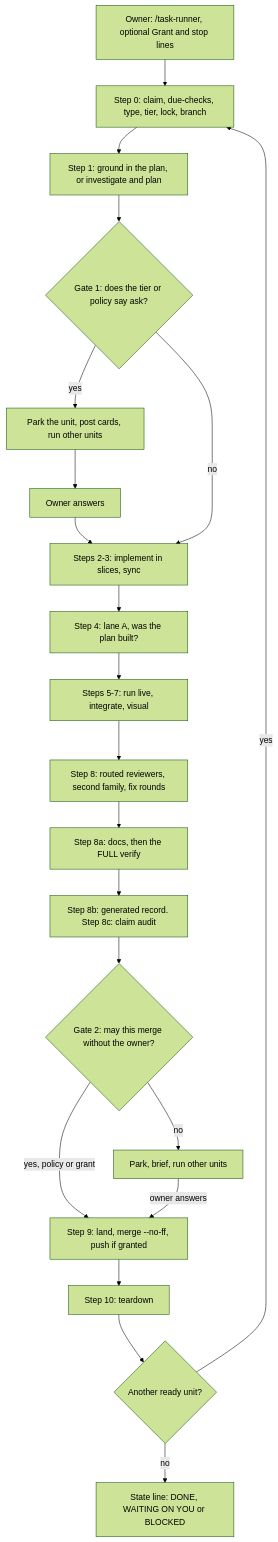
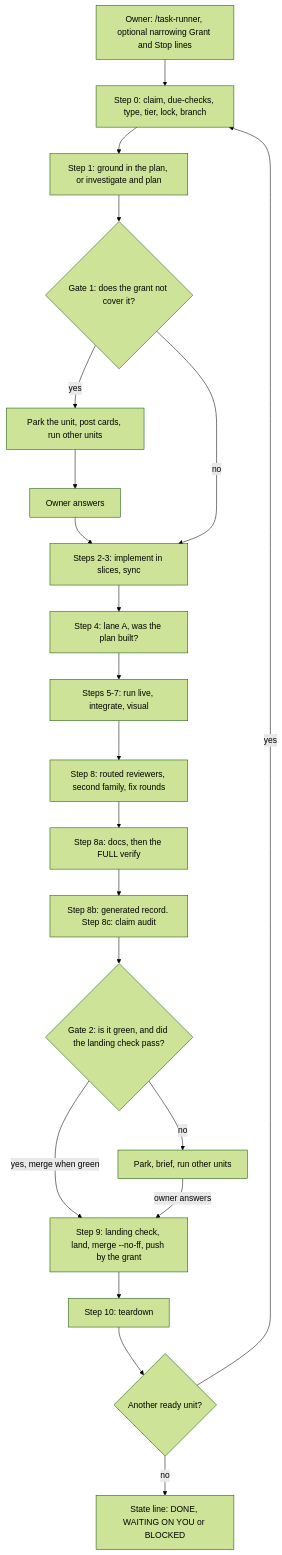
Before and after one commit to biji-dev/ecc-js: the first of 5 diagrams in docs/HARNESS.md, drawn with Mermaid (forest theme). The commit also changed other lines of this file, not shown here.

````diff
--- a/docs/HARNESS.md
+++ b/docs/HARNESS.md
@@ -104,23 +104,23 @@
 ```mermaid
 flowchart TD
-  K["Owner: /task-runner, optional Grant and stop lines"] --> C["Step 0: claim, due-checks, type, tier, lock, branch"]
+  K["Owner: /task-runner, optional narrowing Grant and Stop lines"] --> C["Step 0: claim, due-checks, type, tier, lock, branch"]
   C --> G["Step 1: ground in the plan, or investigate and plan"]
-  G --> G1{"Gate 1: does the tier or policy say ask?"}
+  G --> G1{"Gate 1: does the grant not cover it?"}
   G1 -- "yes" --> P1["Park the unit, post cards, run other units"]
   P1 --> G1A["Owner answers"]
   G1A --> I
   G1 -- "no" --> I["Steps 2-3: implement in slices, sync"]
   I --> A["Step 4: lane A, was the plan built?"]
   A --> L["Steps 5-7: run live, integrate, visual"]
   L --> R["Step 8: routed reviewers, second family, fix rounds"]
   R --> V["Step 8a: docs, then the FULL verify"]
   V --> RC["Step 8b: generated record. Step 8c: claim audit"]
-  RC --> G2{"Gate 2: may this merge without the owner?"}
-  G2 -- "yes, policy or grant" --> M["Step 9: land, merge --no-ff, push if granted"]
+  RC --> G2{"Gate 2: is it green, and did the landing check pass?"}
+  G2 -- "yes, merge when green" --> M["Step 9: landing check, land, merge --no-ff, push by the grant"]
   G2 -- "no" --> P2["Park, brief, run other units"]
   P2 -- "owner answers" --> M
   M --> T["Step 10: teardown"]
   T --> N{"Another ready unit?"}
   N -- "yes" --> C
   N -- "no" --> E["State line: DONE, WAITING ON YOU or BLOCKED"]
 ```
````
